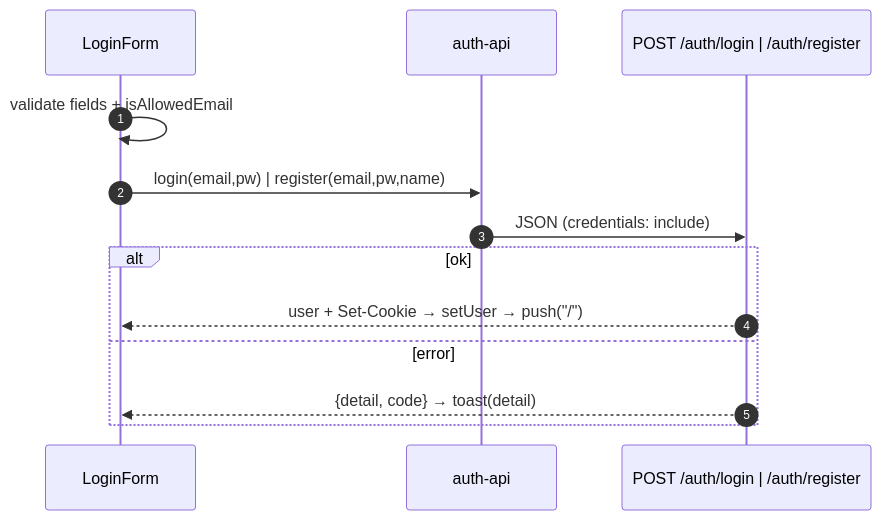
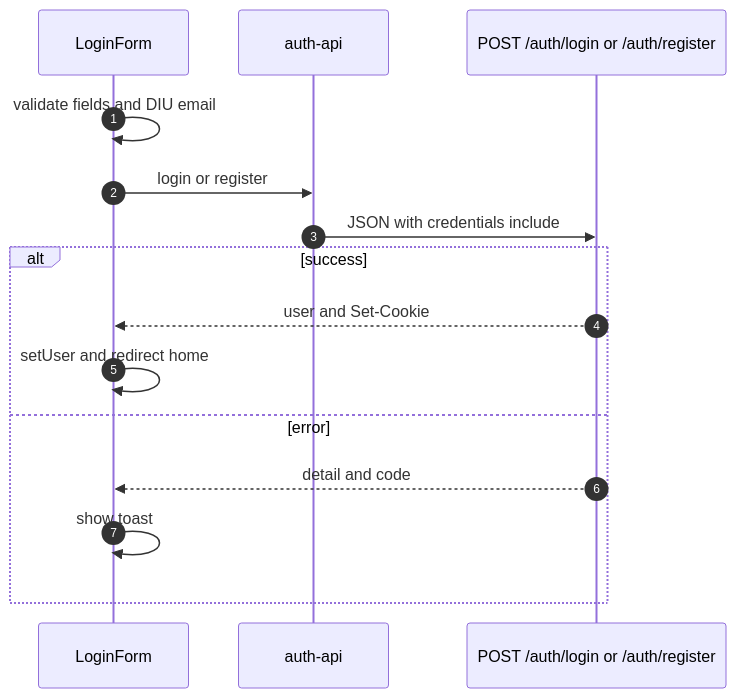
Before and after one commit to darklight9911/Hall_Canteen_Frontend: the seventh of 8 diagrams in docs/ARCHITECTURE.md, drawn with Mermaid. The commit also changed other lines of this file, not shown here.

First line of the commit message:
docs: use only use-case, activity, and sequence diagrams

````diff
--- a/docs/ARCHITECTURE.md
+++ b/docs/ARCHITECTURE.md
@@ -272,15 +233,17 @@
 ```mermaid
 sequenceDiagram
     autonumber
     participant LF as LoginForm
     participant API as auth-api
-    participant BE as POST /auth/login | /auth/register
-    LF->>LF: validate fields + isAllowedEmail
-    LF->>API: login(email,pw) | register(email,pw,name)
-    API->>BE: JSON (credentials: include)
-    alt ok
-        BE-->>LF: user + Set-Cookie → setUser → push("/")
+    participant BE as POST /auth/login or /auth/register
+    LF->>LF: validate fields and DIU email
+    LF->>API: login or register
+    API->>BE: JSON with credentials include
+    alt success
+        BE-->>LF: user and Set-Cookie
+        LF->>LF: setUser and redirect home
     else error
-        BE-->>LF: {detail, code} → toast(detail)
+        BE-->>LF: detail and code
+        LF->>LF: show toast
     end
 ```
````
